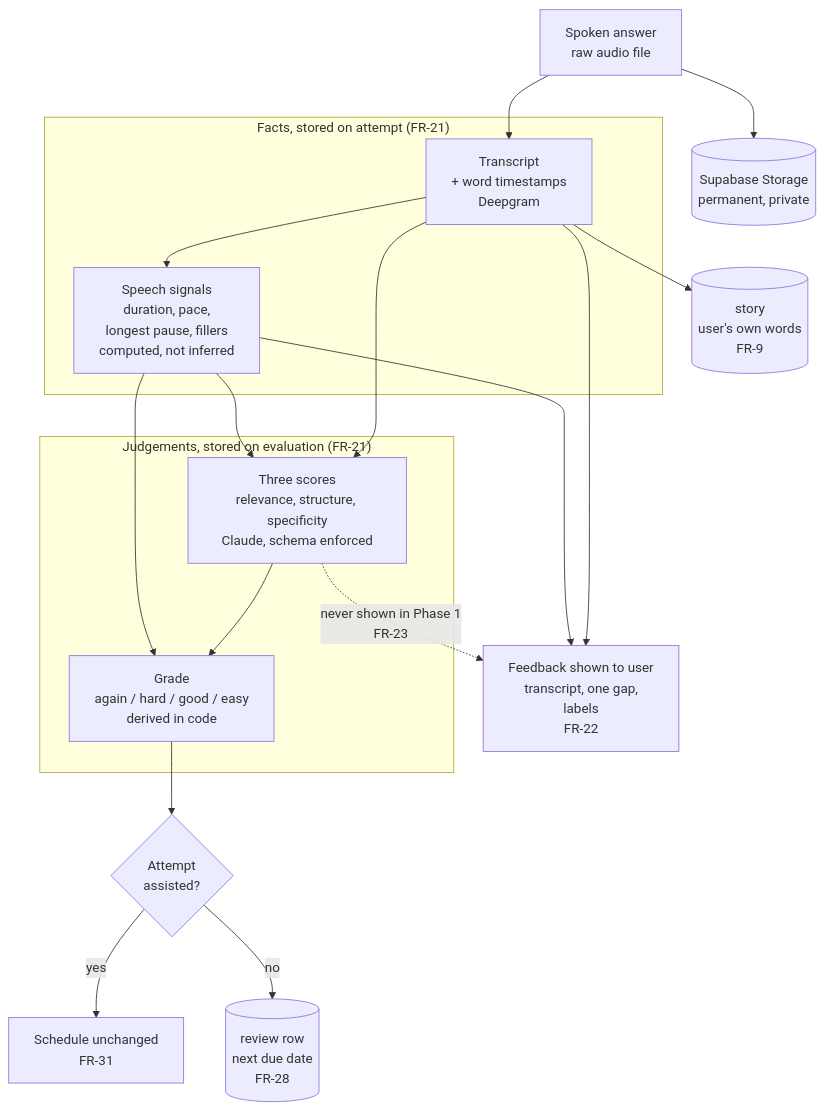
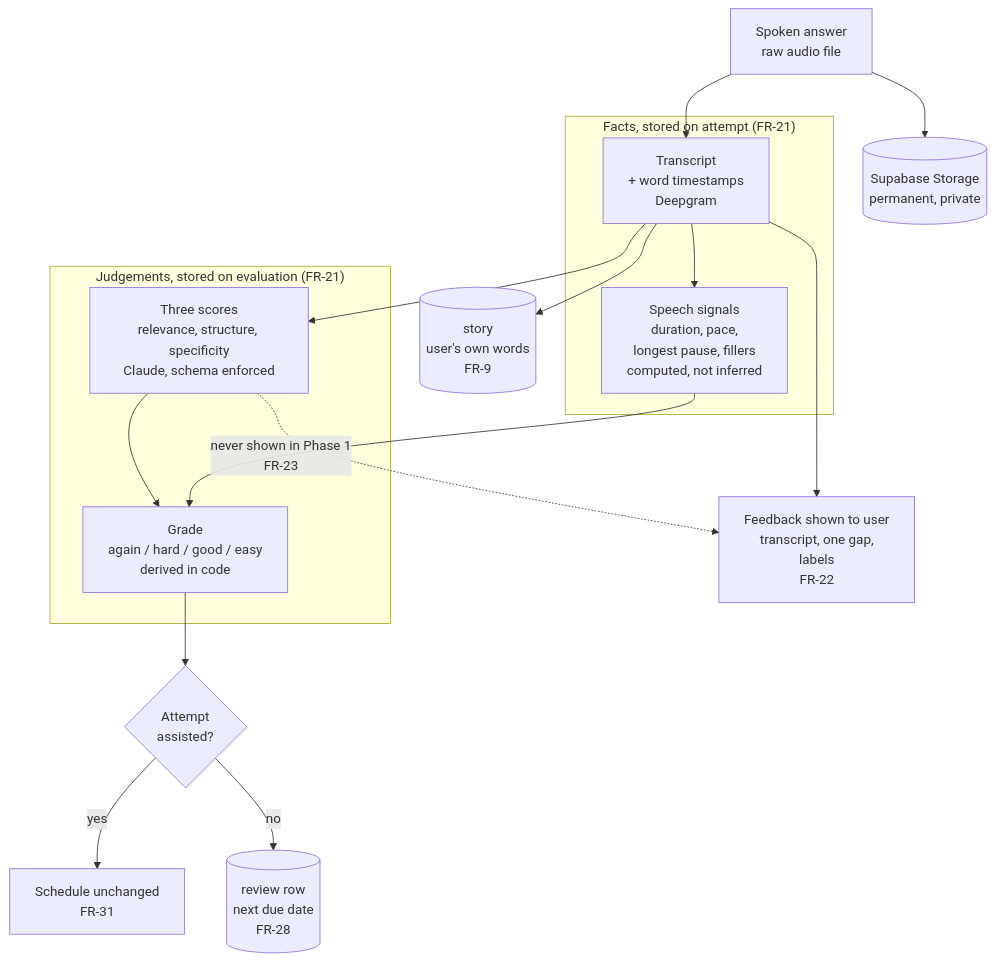
Before and after one commit to deshanekanayaka/retell: the second of 2 diagrams in docs/02-system-architecture.md, drawn with Mermaid. The commit also changed other lines of this file and 9 other files, not shown here.

````diff
--- a/docs/02-system-architecture.md
+++ b/docs/02-system-architecture.md
@@ -129,31 +136,29 @@
 ```mermaid
 flowchart TD
     A[Spoken answer<br/>raw audio file] --> ST[(Supabase Storage<br/>permanent, private)]
     A --> T
 
     subgraph FACTS["Facts, stored on attempt (FR-21)"]
         T[Transcript<br/>+ word timestamps<br/>Deepgram]
         SIG[Speech signals<br/>duration, pace,<br/>longest pause, fillers<br/>computed, not inferred]
         T --> SIG
     end
 
     subgraph JUDGE["Judgements, stored on evaluation (FR-21)"]
         SC[Three scores<br/>relevance, structure, specificity<br/>Claude, schema enforced]
         G[Grade<br/>again / hard / good / easy<br/>derived in code]
         SC --> G
     end
 
     T --> SC
-    SIG --> SC
     SIG --> G
 
     G --> AS{Attempt<br/>assisted?}
     AS -- yes --> X[Schedule unchanged<br/>FR-31]
     AS -- no --> R[(review row<br/>next due date<br/>FR-28)]
 
     T --> FB[Feedback shown to user<br/>transcript, one gap,<br/>labels<br/>FR-22]
-    SIG --> FB
     SC -. never shown in Phase 1<br/>FR-23 .-> FB
 
     T --> STO[(story<br/>user's own words<br/>FR-9)]
 ```
````
